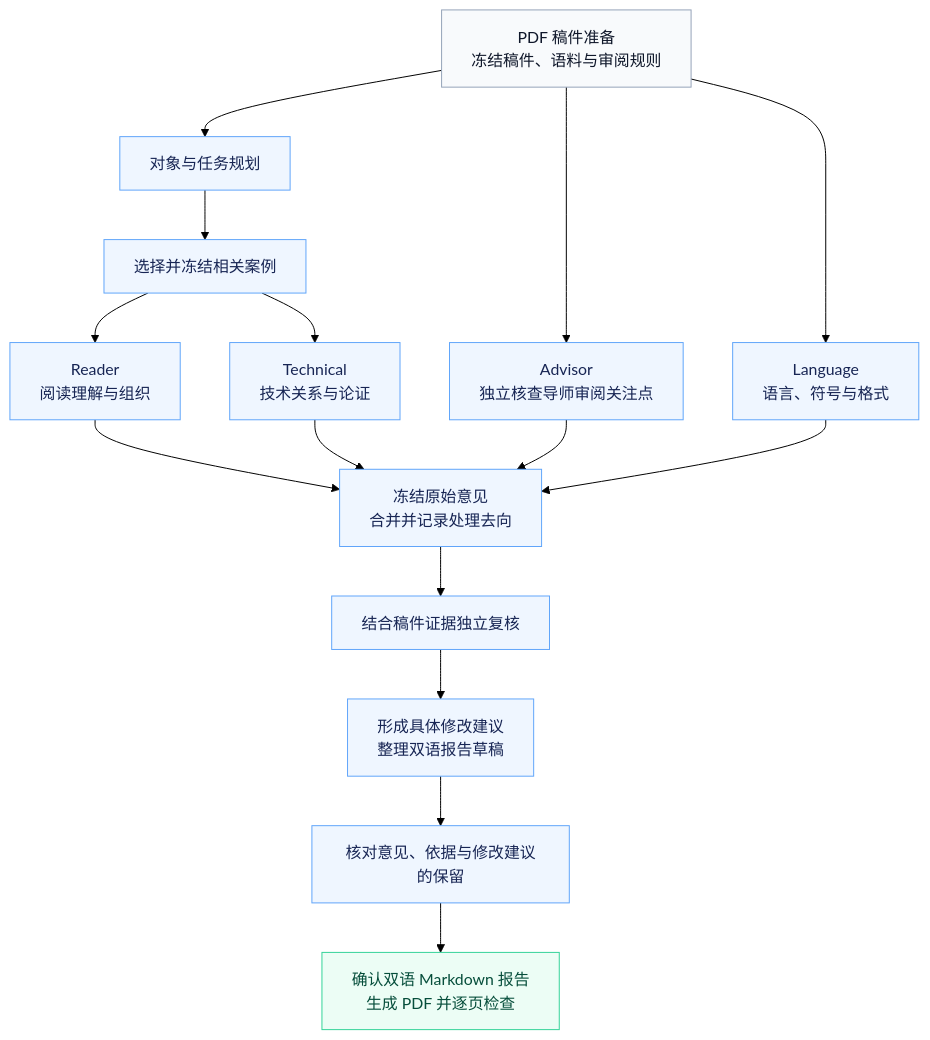
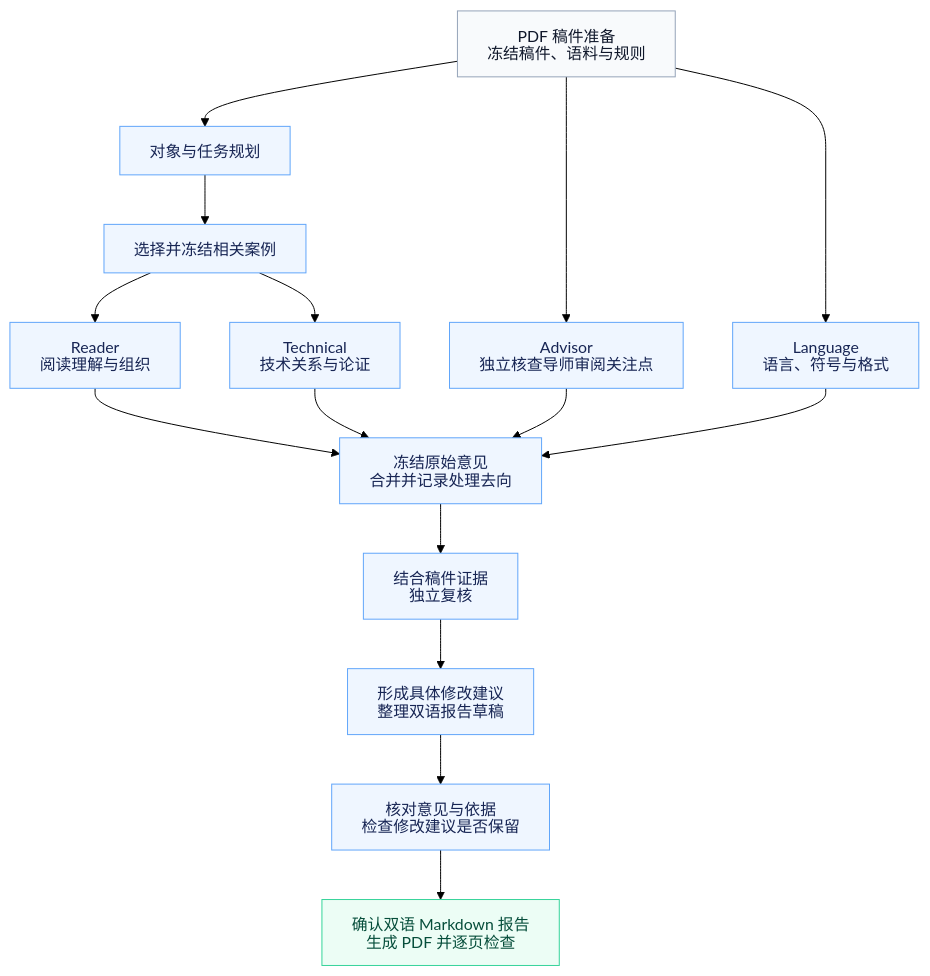
One commit to stevenyyzhang/MentorTrace changed the diagram in README.zh-CN.md. Above: the diagram before and after it, drawn with Mermaid (forest theme). The commit also changed 1 other file, not shown here.

Commit message:
Release MentorTrace v1.0.0

````diff
--- a/README.zh-CN.md
+++ b/README.zh-CN.md
@@ -48,33 +48,39 @@
 ```mermaid
+---
+config:
+  htmlLabels: false
+  flowchart:
+    htmlLabels: false
+---
 flowchart TB
-    F["PDF 稿件准备<br/>冻结稿件、语料与审阅规则"]
+    F["PDF 稿件准备<br/>冻结稿件、语料与规则"]
     O["对象与任务规划"]
     C["选择并冻结相关案例"]
     R["Reader<br/>阅读理解与组织"]
     T["Technical<br/>技术关系与论证"]
     A["Advisor<br/>独立核查导师审阅关注点"]
     L["Language<br/>语言、符号与格式"]
     M["冻结原始意见<br/>合并并记录处理去向"]
-    V["结合稿件证据独立复核"]
+    V["结合稿件证据<br/>独立复核"]
     D["形成具体修改建议<br/>整理双语报告草稿"]
-    B["核对意见、依据与修改建议的保留"]
+    B["核对意见与依据<br/>检查修改建议是否保留"]
     OUT["确认双语 Markdown 报告<br/>生成 PDF 并逐页检查"]
 
     F --> O --> C
     C --> R
     C --> T
     F ----> A
     F ----> L
     R --> M
     T --> M
     A --> M
     L --> M
     M --> V --> D --> B --> OUT
 
     classDef input fill:#f8fafc,stroke:#94a3b8,color:#0f172a;
     classDef review fill:#eff6ff,stroke:#60a5fa,color:#172554;
     classDef output fill:#ecfdf5,stroke:#34d399,color:#064e3b;
     class F input;
     class O,C,R,T,A,L,M,V,D,B review;
     class OUT output;
 ```
````
